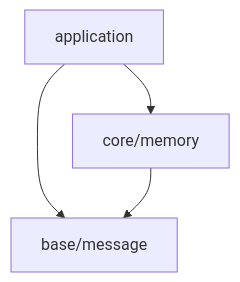
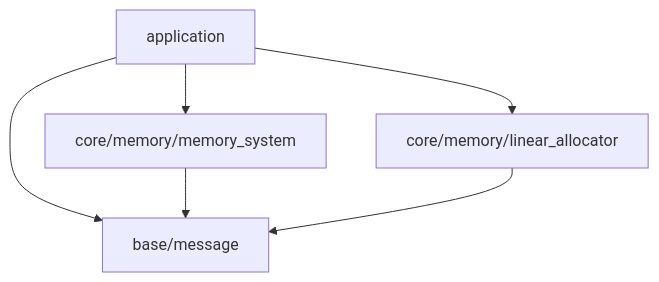
The diagram in docs/layer.md (chocolate-pie24/gl_choco_engine), drawn with Mermaid before and after one commit. The commit also changed other lines of this file and 5 other files, not shown here.

````diff
--- a/docs/layer.md
+++ b/docs/layer.md
@@ -5,10 +5,13 @@
 ```mermaid
 graph TD
   A[application]
   B[base/message]
-  C[core/memory]
+  CML[core/memory/linear_allocator]
+  CMM[core/memory/memory_system]
 
   A --> B
-  A --> C
-  C --> B
+  A --> CML
+  A --> CMM
+  CMM --> B
+  CML --> B
 ```
````
